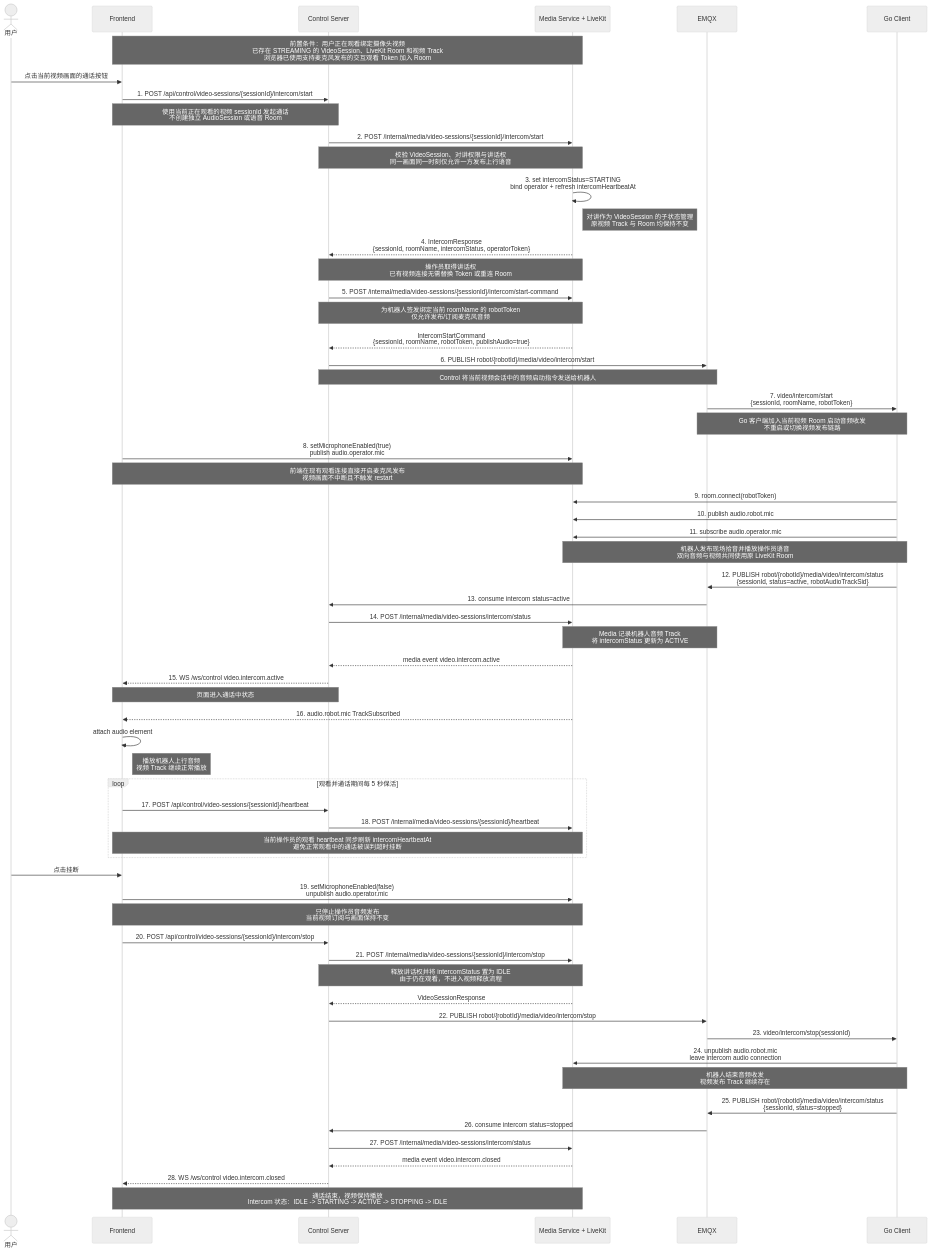
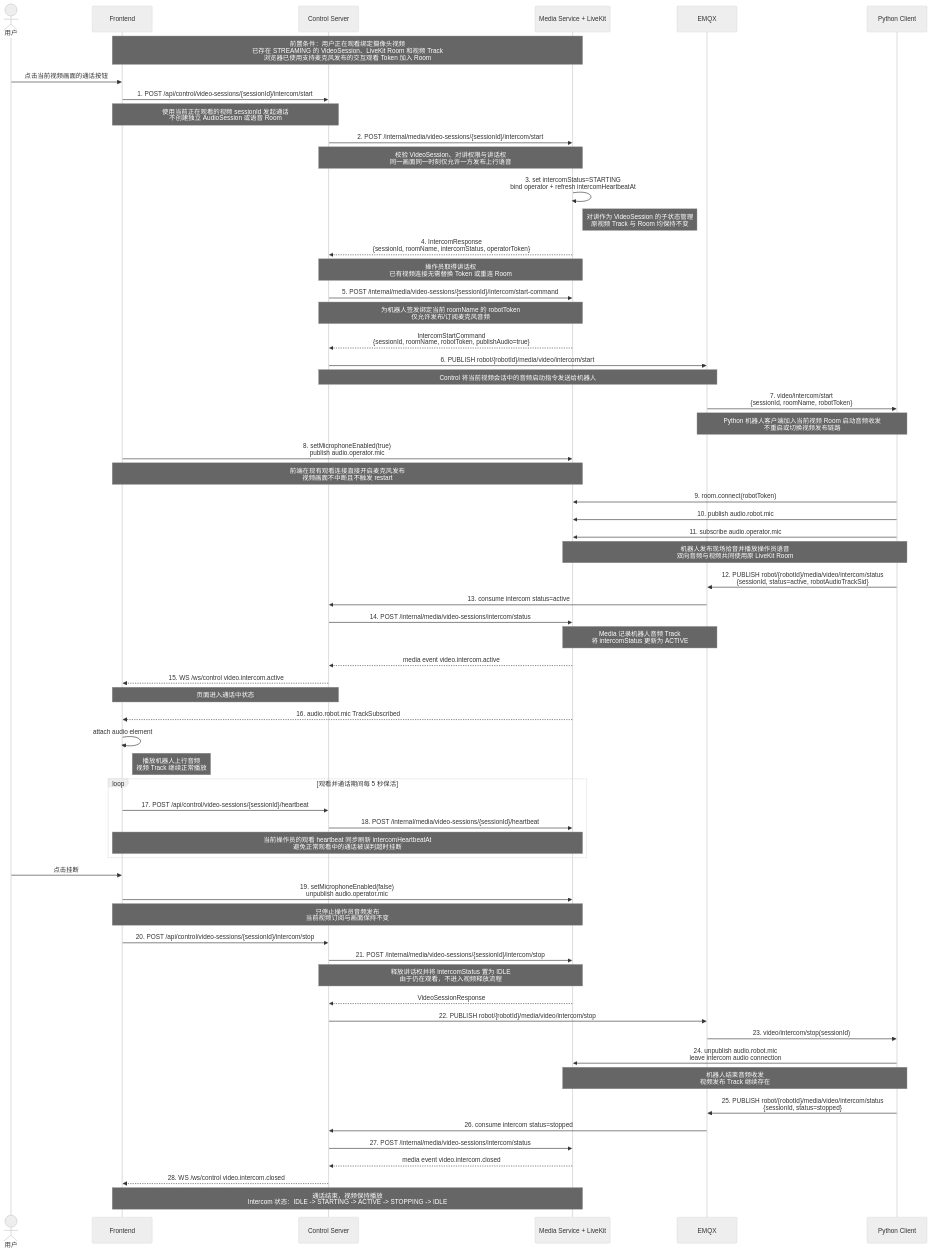
One commit to waleelay/robot changed the diagram in docs/02-设计/语音对讲/实时视频语音对讲时序图.md. Above: the diagram before and after it, drawn with Mermaid (neutral theme). The commit also changed 85 other files, not shown here.

````diff
--- a/docs/02-设计/语音对讲/实时视频语音对讲时序图.md
+++ b/docs/02-设计/语音对讲/实时视频语音对讲时序图.md
@@ -3,81 +3,81 @@
 ```mermaid
 sequenceDiagram
     actor U as 用户
     participant FE as Frontend
     participant CS as Control Server
     participant ML as Media Service + LiveKit
     participant MQ as EMQX
-    participant GO as Go Client
+    participant GO as Python Client
 
     Note over FE,ML: 前置条件：用户正在观看绑定摄像头视频<br/>已存在 STREAMING 的 VideoSession、LiveKit Room 和视频 Track<br/>浏览器已使用支持麦克风发布的交互观看 Token 加入 Room
 
     U->>FE: 点击当前视频画面的通话按钮
     FE->>CS: 1. POST /api/control/video-sessions/{sessionId}/intercom/start
     Note over FE,CS: 使用当前正在观看的视频 sessionId 发起通话<br/>不创建独立 AudioSession 或语音 Room
 
     CS->>ML: 2. POST /internal/media/video-sessions/{sessionId}/intercom/start
     Note over CS,ML: 校验 VideoSession、对讲权限与讲话权<br/>同一画面同一时刻仅允许一方发布上行语音
 
     ML->>ML: 3. set intercomStatus=STARTING<br/>bind operator + refresh intercomHeartbeatAt
     Note right of ML: 对讲作为 VideoSession 的子状态管理<br/>原视频 Track 与 Room 均保持不变
 
     ML-->>CS: 4. IntercomResponse<br/>{sessionId, roomName, intercomStatus, operatorToken}
     Note over ML,CS: 操作员取得讲话权<br/>已有视频连接无需替换 Token 或重连 Room
 
     CS->>ML: 5. POST /internal/media/video-sessions/{sessionId}/intercom/start-command
     Note over CS,ML: 为机器人签发绑定当前 roomName 的 robotToken<br/>仅允许发布/订阅麦克风音频
     ML-->>CS: IntercomStartCommand<br/>{sessionId, roomName, robotToken, publishAudio=true}
 
     CS->>MQ: 6. PUBLISH robot/{robotId}/media/video/intercom/start
     Note over CS,MQ: Control 将当前视频会话中的音频启动指令发送给机器人
     MQ->>GO: 7. video/intercom/start<br/>{sessionId, roomName, robotToken}
-    Note over MQ,GO: Go 客户端加入当前视频 Room 启动音频收发<br/>不重启或切换视频发布链路
+    Note over MQ,GO: Python 机器人客户端加入当前视频 Room 启动音频收发<br/>不重启或切换视频发布链路
 
     FE->>ML: 8. setMicrophoneEnabled(true)<br/>publish audio.operator.mic
     Note over FE,ML: 前端在现有观看连接直接开启麦克风发布<br/>视频画面不中断且不触发 restart
 
     GO->>ML: 9. room.connect(robotToken)
     GO->>ML: 10. publish audio.robot.mic
     GO->>ML: 11. subscribe audio.operator.mic
     Note over GO,ML: 机器人发布现场拾音并播放操作员语音<br/>双向音频与视频共同使用原 LiveKit Room
 
     GO->>MQ: 12. PUBLISH robot/{robotId}/media/video/intercom/status<br/>{sessionId, status=active, robotAudioTrackSid}
     MQ->>CS: 13. consume intercom status=active
     CS->>ML: 14. POST /internal/media/video-sessions/intercom/status
     Note over MQ,ML: Media 记录机器人音频 Track<br/>将 intercomStatus 更新为 ACTIVE
 
     ML-->>CS: media event video.intercom.active
     CS-->>FE: 15. WS /ws/control video.intercom.active
     Note over CS,FE: 页面进入通话中状态
 
     ML-->>FE: 16. audio.robot.mic TrackSubscribed
     FE->>FE: attach audio element
     Note right of FE: 播放机器人上行音频<br/>视频 Track 继续正常播放
 
     loop 观看并通话期间每 5 秒保活
         FE->>CS: 17. POST /api/control/video-sessions/{sessionId}/heartbeat
         CS->>ML: 18. POST /internal/media/video-sessions/{sessionId}/heartbeat
         Note over FE,ML: 当前操作员的观看 heartbeat 同步刷新 intercomHeartbeatAt<br/>避免正常观看中的通话被误判超时挂断
     end
 
     U->>FE: 点击挂断
     FE->>ML: 19. setMicrophoneEnabled(false)<br/>unpublish audio.operator.mic
     Note over FE,ML: 只停止操作员音频发布<br/>当前视频订阅与画面保持不变
 
     FE->>CS: 20. POST /api/control/video-sessions/{sessionId}/intercom/stop
     CS->>ML: 21. POST /internal/media/video-sessions/{sessionId}/intercom/stop
     Note over CS,ML: 释放讲话权并将 intercomStatus 置为 IDLE<br/>由于仍在观看，不进入视频释放流程
     ML-->>CS: VideoSessionResponse
 
     CS->>MQ: 22. PUBLISH robot/{robotId}/media/video/intercom/stop
     MQ->>GO: 23. video/intercom/stop(sessionId)
     GO->>ML: 24. unpublish audio.robot.mic<br/>leave intercom audio connection
     Note over GO,ML: 机器人结束音频收发<br/>视频发布 Track 继续存在
 
     GO->>MQ: 25. PUBLISH robot/{robotId}/media/video/intercom/status<br/>{sessionId, status=stopped}
     MQ->>CS: 26. consume intercom status=stopped
     CS->>ML: 27. POST /internal/media/video-sessions/intercom/status
     ML-->>CS: media event video.intercom.closed
     CS-->>FE: 28. WS /ws/control video.intercom.closed
     Note over FE,ML: 通话结束，视频保持播放<br/>Intercom 状态：IDLE -> STARTING -> ACTIVE -> STOPPING -> IDLE
 ```
````
